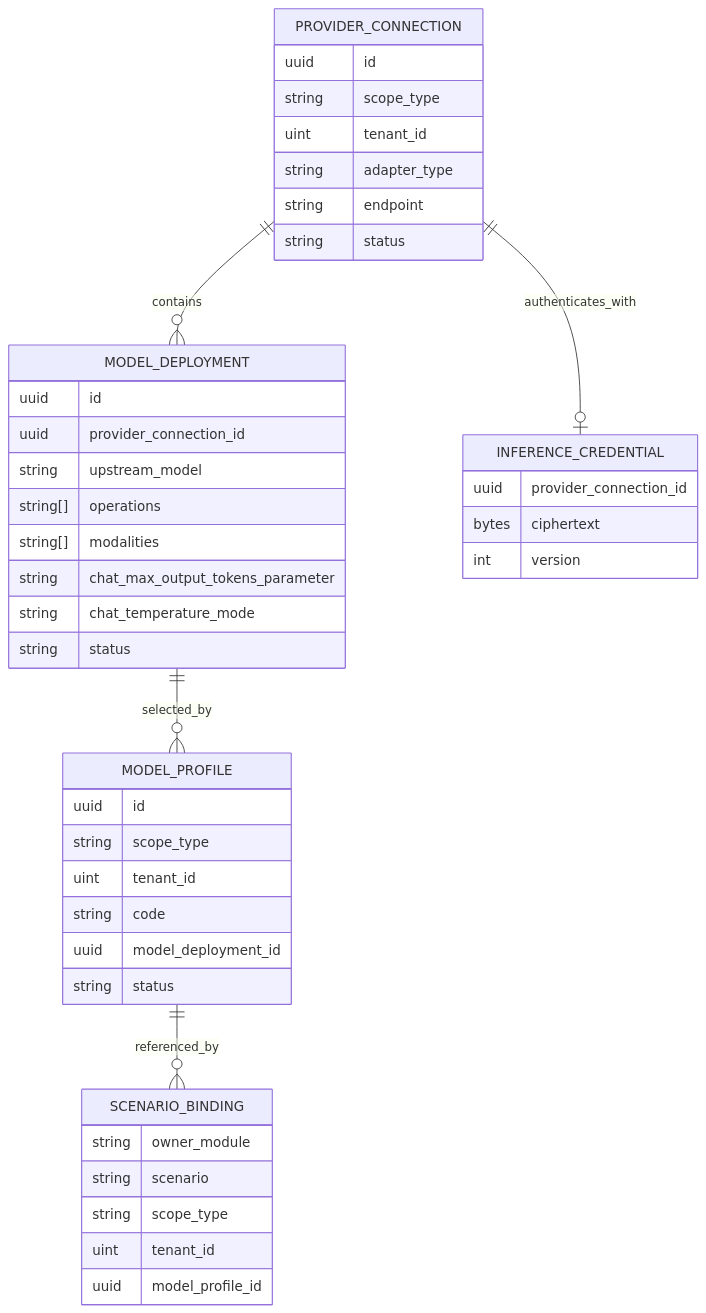
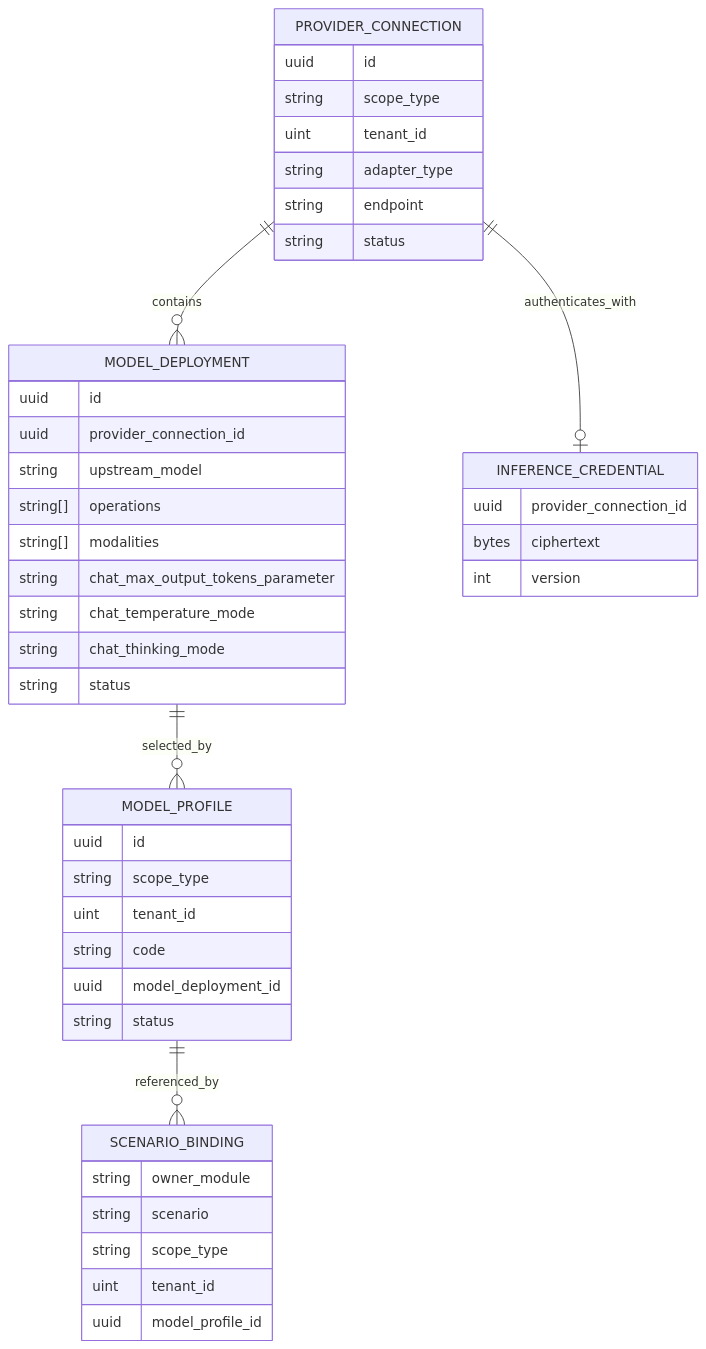
The diagram in docs/spec/addp AI推理接口规范.md (pampa0629/addp), drawn with Mermaid before and after one commit. The commit also changed other lines of this file and 65 other files, not shown here.

````diff
--- a/docs/spec/addp AI推理接口规范.md
+++ b/docs/spec/addp AI推理接口规范.md
@@ -25,46 +25,47 @@
 ```mermaid
 erDiagram
     PROVIDER_CONNECTION ||--o{ MODEL_DEPLOYMENT : contains
     MODEL_DEPLOYMENT ||--o{ MODEL_PROFILE : selected_by
     PROVIDER_CONNECTION ||--o| INFERENCE_CREDENTIAL : authenticates_with
     MODEL_PROFILE ||--o{ SCENARIO_BINDING : referenced_by
 
     PROVIDER_CONNECTION {
         uuid id
         string scope_type
         uint tenant_id
         string adapter_type
         string endpoint
         string status
     }
     MODEL_DEPLOYMENT {
         uuid id
         uuid provider_connection_id
         string upstream_model
         string[] operations
         string[] modalities
         string chat_max_output_tokens_parameter
         string chat_temperature_mode
+        string chat_thinking_mode
         string status
     }
     MODEL_PROFILE {
         uuid id
         string scope_type
         uint tenant_id
         string code
         uuid model_deployment_id
         string status
     }
     INFERENCE_CREDENTIAL {
         uuid provider_connection_id
         bytes ciphertext
         int version
     }
     SCENARIO_BINDING {
         string owner_module
         string scenario
         string scope_type
         uint tenant_id
         uuid model_profile_id
     }
 ```
````
